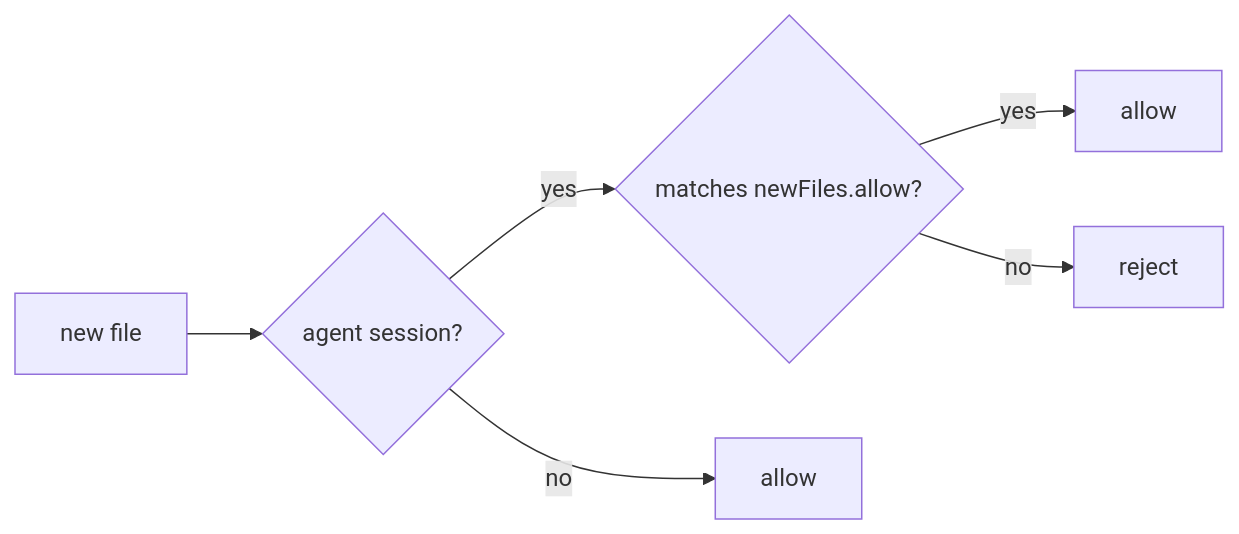
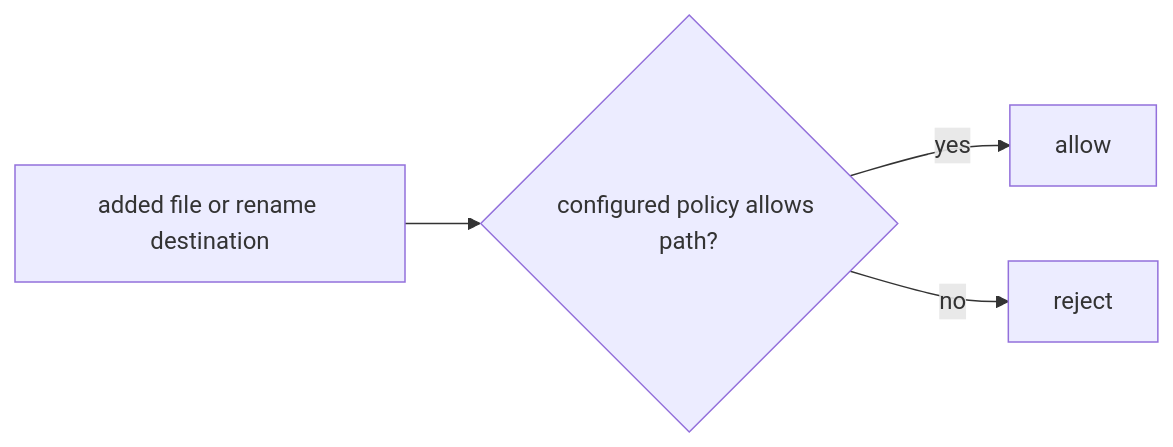
One commit to yowainwright/fs-lint changed the diagram in README.md. Above: the diagram before and after it, drawn with Mermaid. The commit also changed other lines of this file and 15 other files, not shown here.

````diff
--- a/README.md
+++ b/README.md
@@ -21,8 +21,6 @@
 ```mermaid
 flowchart LR
-  Change["new file"] --> Agent{"agent session?"}
-  Agent -- yes --> Allowlist{"matches newFiles.allow?"}
-  Allowlist -- yes --> AgentAllowed["allow"]
-  Allowlist -- no --> AgentRejected["reject"]
-  Agent -- no --> LintAllowed["allow"]
+  Change["added file or rename destination"] --> Policy{"configured policy allows path?"}
+  Policy -- yes --> Allowed["allow"]
+  Policy -- no --> Rejected["reject"]
 ```
````
